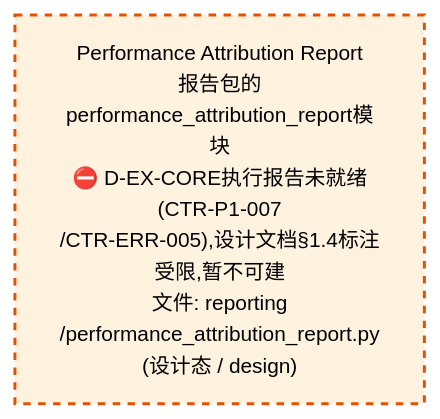
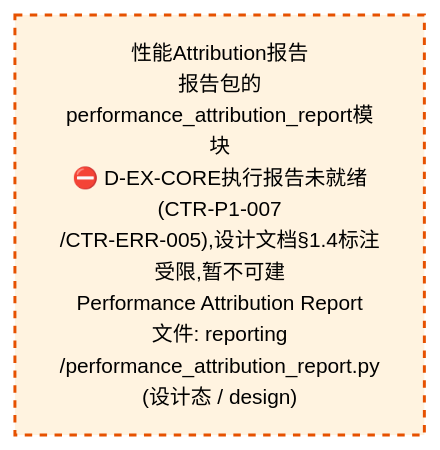
One commit to xuanFelixVan/ZephyrAlpha changed the third of 4 diagrams in docs/02_enterprise_architecture/02_domain_architecture_docs/26_d_reporting.md. Above: the diagram before and after it, drawn with Mermaid. The commit also changed other lines of this file and 52 other files, not shown here.

````diff
--- a/docs/02_enterprise_architecture/02_domain_architecture_docs/26_d_reporting.md
+++ b/docs/02_enterprise_architecture/02_domain_architecture_docs/26_d_reporting.md
@@ -213,10 +213,10 @@
 ```mermaid
 %%{init: {'theme': 'base', 'themeVariables': {'primaryColor': '#eaeaea', 'primaryTextColor': '#333333', 'primaryBorderColor': '#666666', 'lineColor': '#666666', 'secondaryColor': '#eaeaea', 'tertiaryColor': '#eaeaea', 'fontSize': '14px'}}}%%
 flowchart TD
-    src_zephyr_reporting_performance_attribution_report_py["Performance Attribution Report<br/>报告包的performance_attribution_report模块<br/>⛔ D-EX-CORE执行报告未就绪(CTR-P1-007<br/>/CTR-ERR-005),设计文档§1.4标注受限,暂不可建<br/>文件: reporting<br/>/performance_attribution_report.py<br/>(设计态 / design)"]
+    src_zephyr_reporting_performance_attribution_report_py["性能Attribution报告<br/>报告包的performance_attribution_report模块<br/>⛔ D-EX-CORE执行报告未就绪(CTR-P1-007<br/>/CTR-ERR-005),设计文档§1.4标注受限,暂不可建<br/>Performance Attribution Report<br/>文件: reporting<br/>/performance_attribution_report.py<br/>(设计态 / design)"]
     classDef production fill:#e1f5fe,stroke:#01579b,stroke-width:2px,color:#000
     classDef design fill:#fff3e0,stroke:#e65100,stroke-width:2px,color:#000,stroke-dasharray: 5 5
     classDef external_prod fill:#e8f4fd,stroke:#0277bd,stroke-width:1px,color:#000
     classDef external_design fill:#fff8e7,stroke:#ef6c00,stroke-width:1px,color:#000,stroke-dasharray: 5 5
     class src_zephyr_reporting_performance_attribution_report_py design
 ```
````
